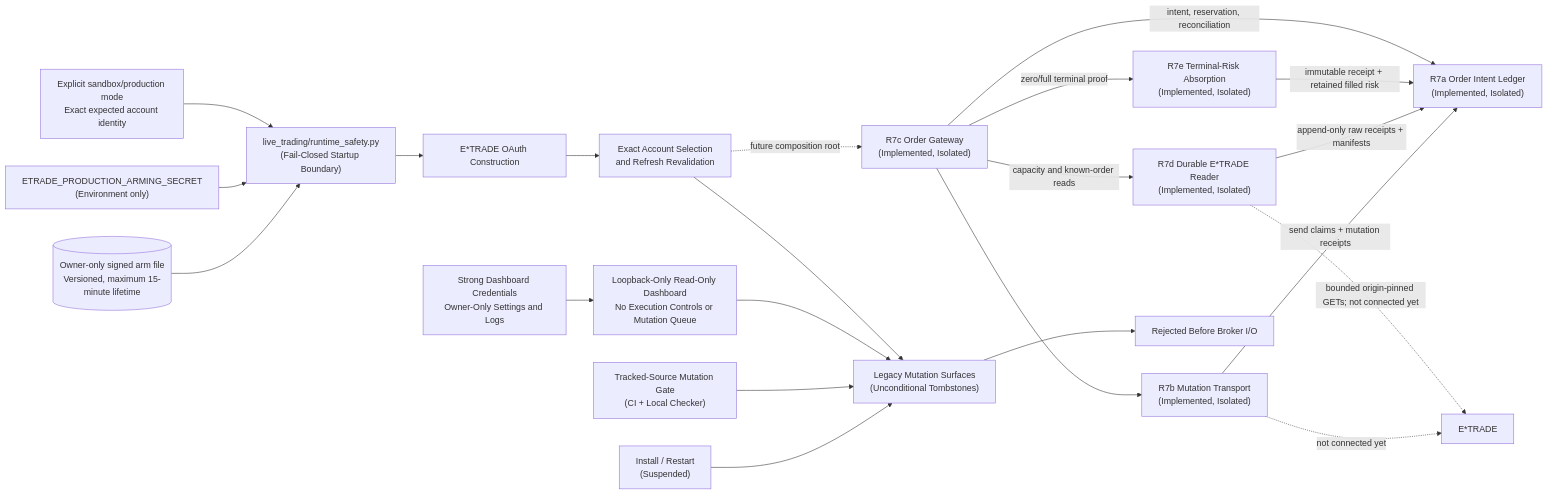
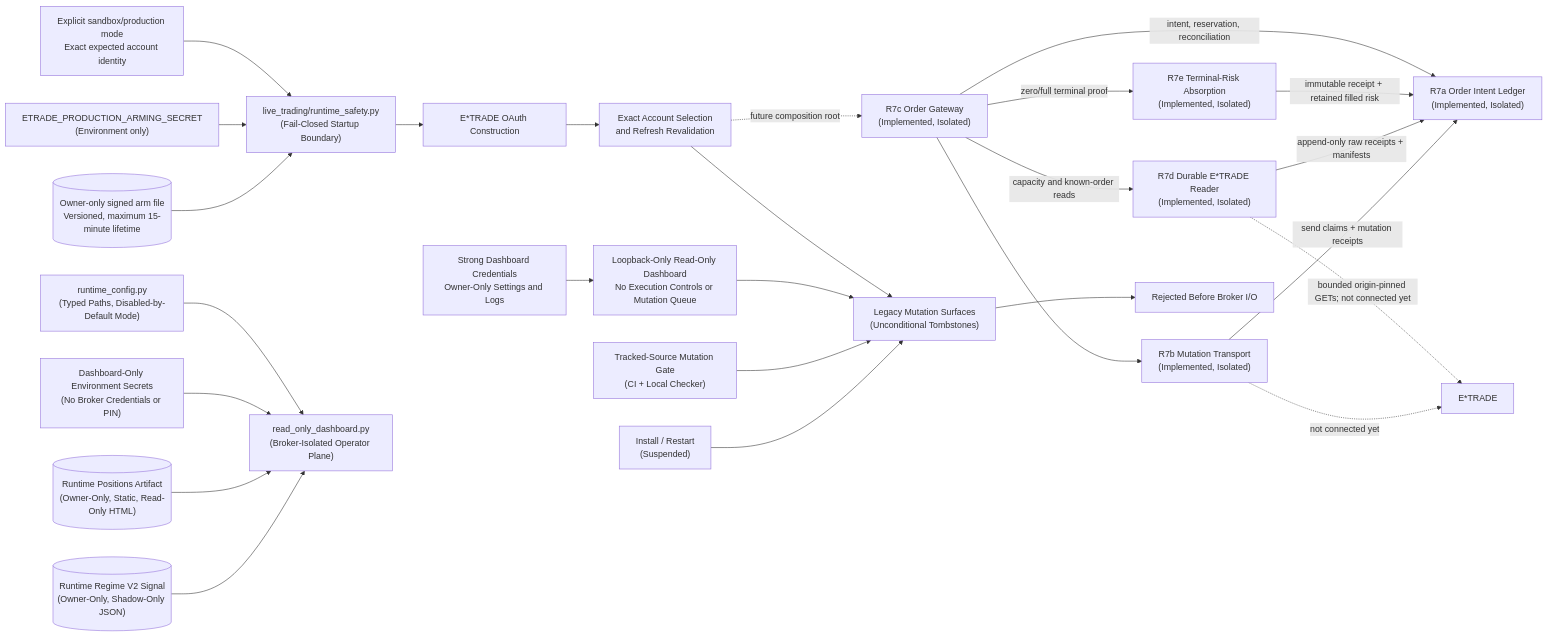
The third of 3 diagrams in etrade_python_client/docs/project_overview.md (tbt316/etrade_quant_trading), drawn with Mermaid before and after one commit. The commit also changed other lines of this file and 19 other files, not shown here.

Commit message:
Add broker-isolated read-only runtime

````diff
--- a/etrade_python_client/docs/project_overview.md
+++ b/etrade_python_client/docs/project_overview.md
@@ -142,42 +142,51 @@
 ```mermaid
 flowchart LR
     CLI["Explicit sandbox/production mode<br/>Exact expected account identity"]
     SECRET["ETRADE_PRODUCTION_ARMING_SECRET<br/>(Environment only)"]
     ARM[("Owner-only signed arm file<br/>Versioned, maximum 15-minute lifetime")]
     SAFE["live_trading/runtime_safety.py<br/>(Fail-Closed Startup Boundary)"]
     OAUTH["E*TRADE OAuth Construction"]
     ACCOUNT["Exact Account Selection<br/>and Refresh Revalidation"]
     DASHCFG["Strong Dashboard Credentials<br/>Owner-Only Settings and Logs"]
     DASH["Loopback-Only Read-Only Dashboard<br/>No Execution Controls or Mutation Queue"]
+    RCONFIG["runtime_config.py<br/>(Typed Paths, Disabled-by-Default Mode)"]
+    DSECRETS["Dashboard-Only Environment Secrets<br/>(No Broker Credentials or PIN)"]
+    RODASH["read_only_dashboard.py<br/>(Broker-Isolated Operator Plane)"]
+    POSITIONS[("Runtime Positions Artifact<br/>(Owner-Only, Static, Read-Only HTML)")]
+    SHADOW[("Runtime Regime V2 Signal<br/>(Owner-Only, Shadow-Only JSON)")]
     LEGACY["Legacy Mutation Surfaces<br/>(Unconditional Tombstones)"]
     STATIC["Tracked-Source Mutation Gate<br/>(CI + Local Checker)"]
     DEPLOY["Install / Restart<br/>(Suspended)"]
     LEDGER["R7a Order Intent Ledger<br/>(Implemented, Isolated)"]
     TRANSPORT["R7b Mutation Transport<br/>(Implemented, Isolated)"]
     GATE["R7c Order Gateway<br/>(Implemented, Isolated)"]
     READER["R7d Durable E*TRADE Reader<br/>(Implemented, Isolated)"]
     ABSORB["R7e Terminal-Risk Absorption<br/>(Implemented, Isolated)"]
     BROKER["E*TRADE"]
 
     CLI --> SAFE
     SECRET --> SAFE
     ARM --> SAFE
     SAFE --> OAUTH --> ACCOUNT
     DASHCFG --> DASH
+    RCONFIG --> RODASH
+    DSECRETS --> RODASH
+    POSITIONS --> RODASH
+    SHADOW --> RODASH
     ACCOUNT --> LEGACY
     DASH --> LEGACY
     STATIC --> LEGACY
     DEPLOY --> LEGACY
     BLOCK["Rejected Before Broker I/O"]
     LEGACY --> BLOCK
     ACCOUNT -.->|"future composition root"| GATE
     GATE -->|"intent, reservation, reconciliation"| LEDGER
     GATE -->|"capacity and known-order reads"| READER
     GATE -->|"zero/full terminal proof"| ABSORB
     ABSORB -->|"immutable receipt + retained filled risk"| LEDGER
     GATE --> TRANSPORT
     READER -->|"append-only raw receipts + manifests"| LEDGER
     TRANSPORT -->|"send claims + mutation receipts"| LEDGER
     READER -.->|"bounded origin-pinned GETs; not connected yet"| BROKER
     TRANSPORT -.->|"not connected yet"| BROKER
 ```
````
